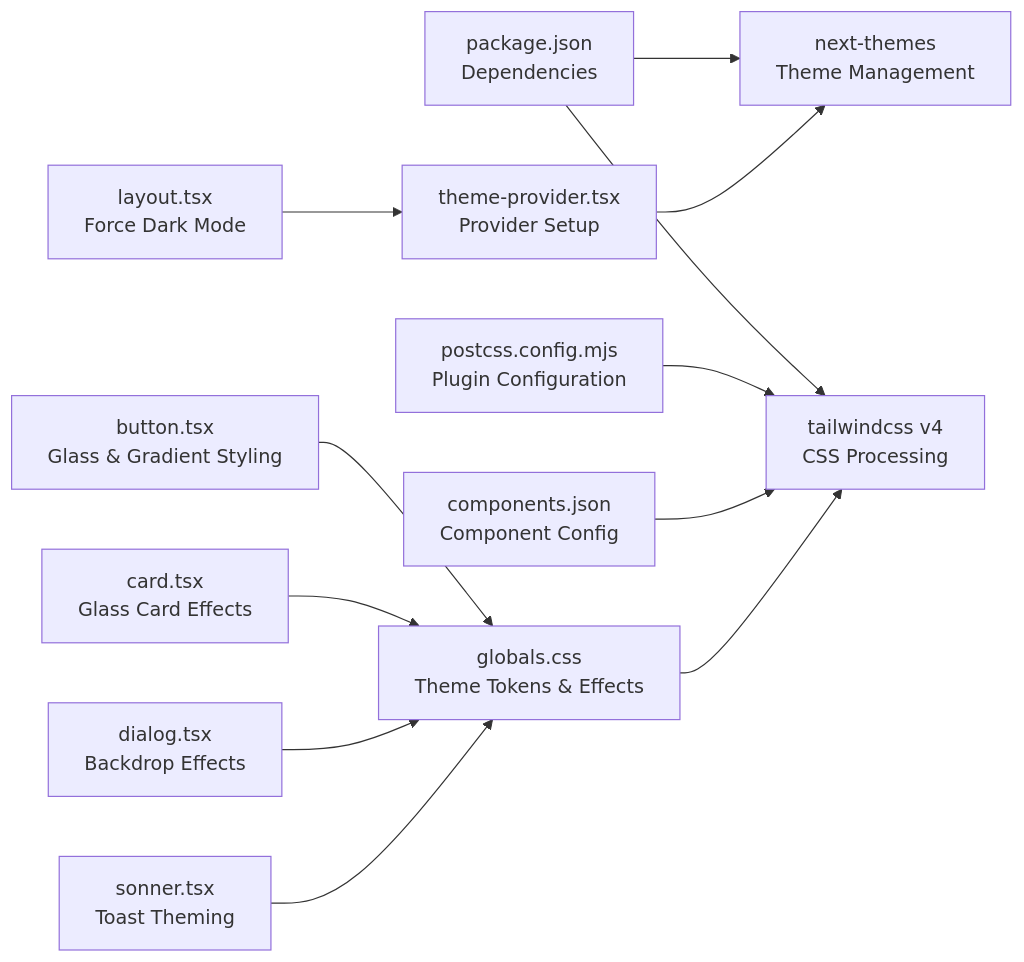
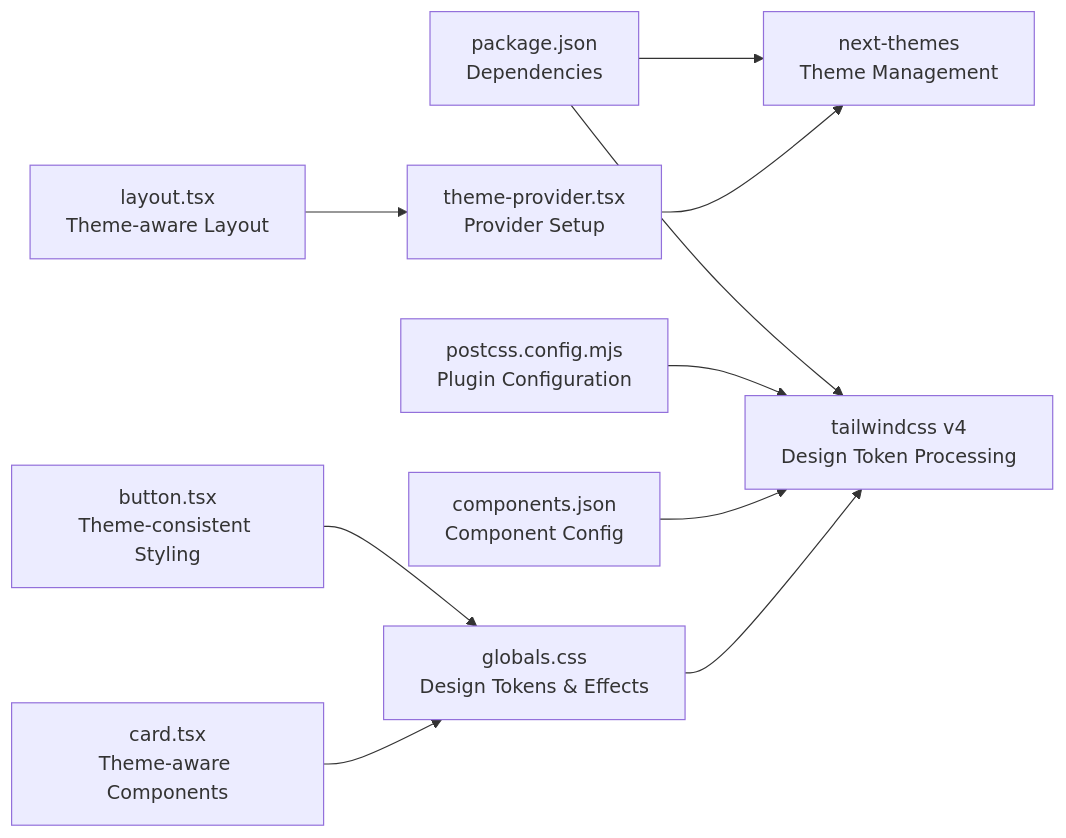
One commit to alikizang/datafrica changed the fifth of 5 diagrams in .qoder/repowiki/en/content/UI Components/Theme System.md. Above: the diagram before and after it, drawn with Mermaid. The commit also changed other lines of this file and 21 other files, not shown here.

````diff
--- a/.qoder/repowiki/en/content/UI Components/Theme System.md
+++ b/.qoder/repowiki/en/content/UI Components/Theme System.md
@@ -311,14 +299,12 @@
 ```mermaid
 graph LR
 P["package.json<br/>Dependencies"] --> NT["next-themes<br/>Theme Management"]
-P --> TW["tailwindcss v4<br/>CSS Processing"]
+P --> TW["tailwindcss v4<br/>Design Token Processing"]
 PCFG["postcss.config.mjs<br/>Plugin Configuration"] --> TW
 CJSON["components.json<br/>Component Config"] --> TW
 TP["theme-provider.tsx<br/>Provider Setup"] --> NT
-LAYOUT["layout.tsx<br/>Force Dark Mode"] --> TP
-GCSS["globals.css<br/>Theme Tokens & Effects"] --> TW
-BTN["button.tsx<br/>Glass & Gradient Styling"] --> GCSS
-CARD["card.tsx<br/>Glass Card Effects"] --> GCSS
-DLG["dialog.tsx<br/>Backdrop Effects"] --> GCSS
-SNS["sonner.tsx<br/>Toast Theming"] --> GCSS
+LAYOUT["layout.tsx<br/>Theme-aware Layout"] --> TP
+GCSS["globals.css<br/>Design Tokens & Effects"] --> TW
+BTN["button.tsx<br/>Theme-consistent Styling"] --> GCSS
+CARD["card.tsx<br/>Theme-aware Components"] --> GCSS
 ```
````
